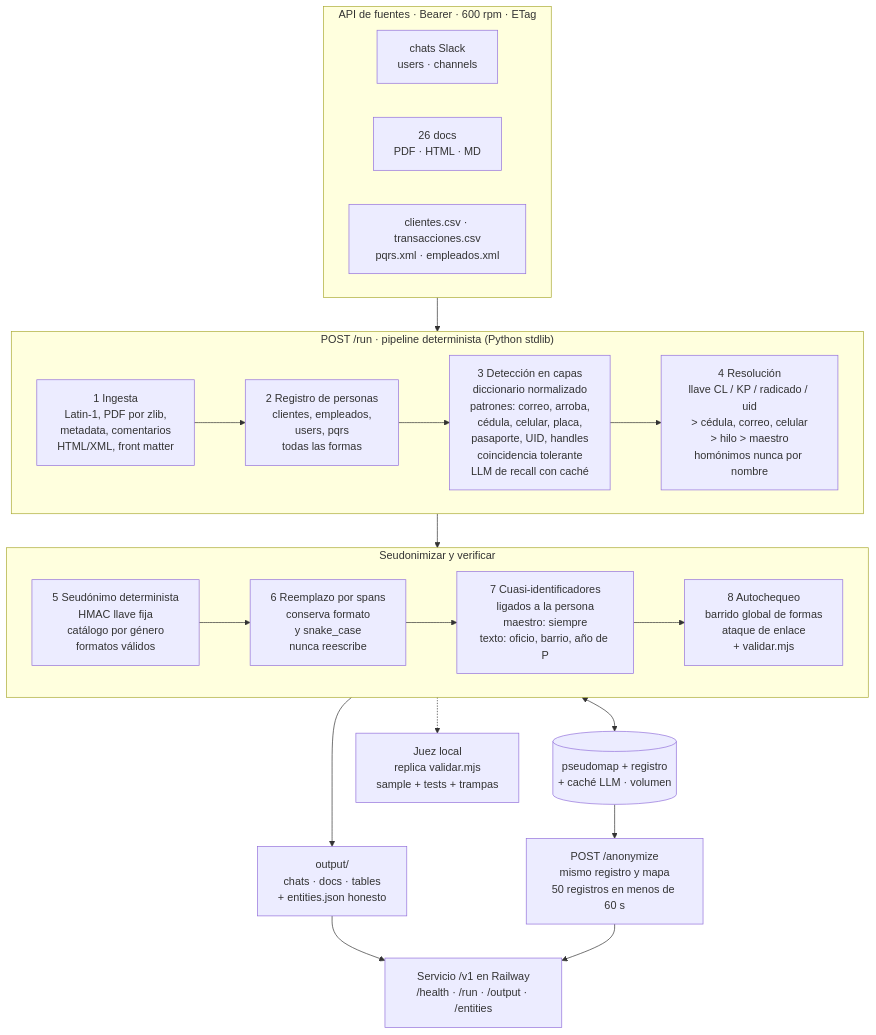
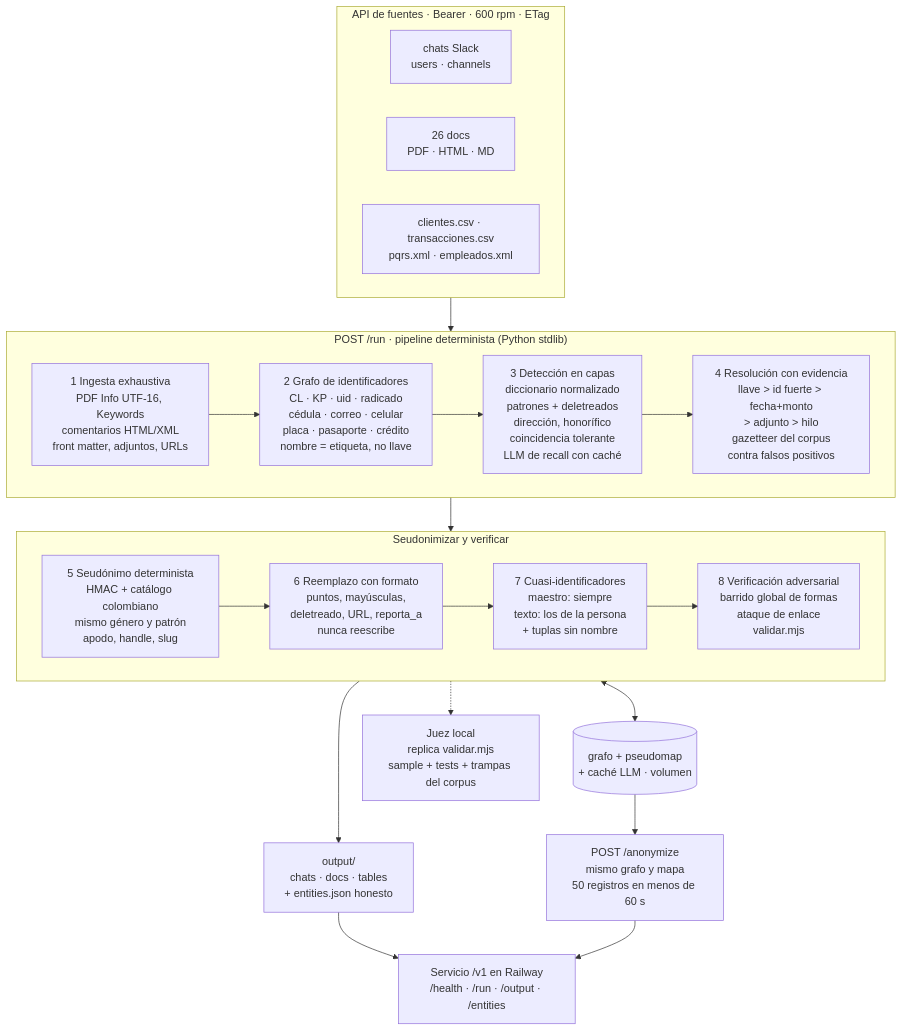
Before and after one commit to SamaelFL/kipu-anon: the diagram in docs/diagrama.mmd, drawn with Mermaid. The commit also changed 3 other files, not shown here.

Commit message:
Diseño v4: grafo de identificadores, gazetteer del corpus y escondites reales

```diff
--- a/docs/diagrama.mmd
+++ b/docs/diagrama.mmd
@@ -1,32 +1,32 @@
 flowchart TB
   subgraph F["API de fuentes · Bearer · 600 rpm · ETag"]
     direction LR
     C["chats Slack<br/>users · channels"]
     D["26 docs<br/>PDF · HTML · MD"]
     T["clientes.csv · transacciones.csv<br/>pqrs.xml · empleados.xml"]
   end
   subgraph A["POST /run · pipeline determinista (Python stdlib)"]
     direction LR
-    I["1 Ingesta<br/>Latin-1, PDF por zlib,<br/>metadata, comentarios<br/>HTML/XML, front matter"]
-    R["2 Registro de personas<br/>clientes, empleados,<br/>users, pqrs<br/>todas las formas"]
-    DET["3 Detección en capas<br/>diccionario normalizado<br/>patrones: correo, arroba,<br/>cédula, celular, placa,<br/>pasaporte, UID, handles<br/>coincidencia tolerante<br/>LLM de recall con caché"]
-    RES["4 Resolución<br/>llave CL / KP / radicado / uid<br/>> cédula, correo, celular<br/>> hilo > maestro<br/>homónimos nunca por nombre"]
+    I["1 Ingesta exhaustiva<br/>PDF Info UTF-16, Keywords<br/>comentarios HTML/XML<br/>front matter, adjuntos, URLs"]
+    R["2 Grafo de identificadores<br/>CL · KP · uid · radicado<br/>cédula · correo · celular<br/>placa · pasaporte · crédito<br/>nombre = etiqueta, no llave"]
+    DET["3 Detección en capas<br/>diccionario normalizado<br/>patrones + deletreados<br/>dirección, honorífico<br/>coincidencia tolerante<br/>LLM de recall con caché"]
+    RES["4 Resolución con evidencia<br/>llave > id fuerte > fecha+monto<br/>> adjunto > hilo<br/>gazetteer del corpus<br/>contra falsos positivos"]
     I --> R --> DET --> RES
   end
   subgraph B["Seudonimizar y verificar"]
     direction LR
-    P["5 Seudónimo determinista<br/>HMAC llave fija<br/>catálogo por género<br/>formatos válidos"]
-    REP["6 Reemplazo por spans<br/>conserva formato<br/>y snake_case<br/>nunca reescribe"]
-    Q["7 Cuasi-identificadores<br/>ligados a la persona<br/>maestro: siempre<br/>texto: oficio, barrio, año de P"]
-    CHK["8 Autochequeo<br/>barrido global de formas<br/>ataque de enlace<br/>+ validar.mjs"]
+    P["5 Seudónimo determinista<br/>HMAC + catálogo colombiano<br/>mismo género y patrón<br/>apodo, handle, slug"]
+    REP["6 Reemplazo con formato<br/>puntos, mayúsculas,<br/>deletreado, URL, reporta_a<br/>nunca reescribe"]
+    Q["7 Cuasi-identificadores<br/>maestro: siempre<br/>texto: los de la persona<br/>+ tuplas sin nombre"]
+    CHK["8 Verificación adversarial<br/>barrido global de formas<br/>ataque de enlace<br/>validar.mjs"]
     P --> REP --> Q --> CHK
   end
   F --> I
   RES --> P
-  M[("pseudomap + registro<br/>+ caché LLM · volumen")]
+  M[("grafo + pseudomap<br/>+ caché LLM · volumen")]
   P <--> M
   CHK --> O["output/<br/>chats · docs · tables<br/>+ entities.json honesto"]
-  M --> AN["POST /anonymize<br/>mismo registro y mapa<br/>50 registros en menos de 60 s"]
+  M --> AN["POST /anonymize<br/>mismo grafo y mapa<br/>50 registros en menos de 60 s"]
   O --> S["Servicio /v1 en Railway<br/>/health · /run · /output · /entities"]
   AN --> S
-  CHK -.-> J["Juez local<br/>replica validar.mjs<br/>sample + tests + trampas"]
+  CHK -.-> J["Juez local<br/>replica validar.mjs<br/>sample + tests + trampas del corpus"]
```
